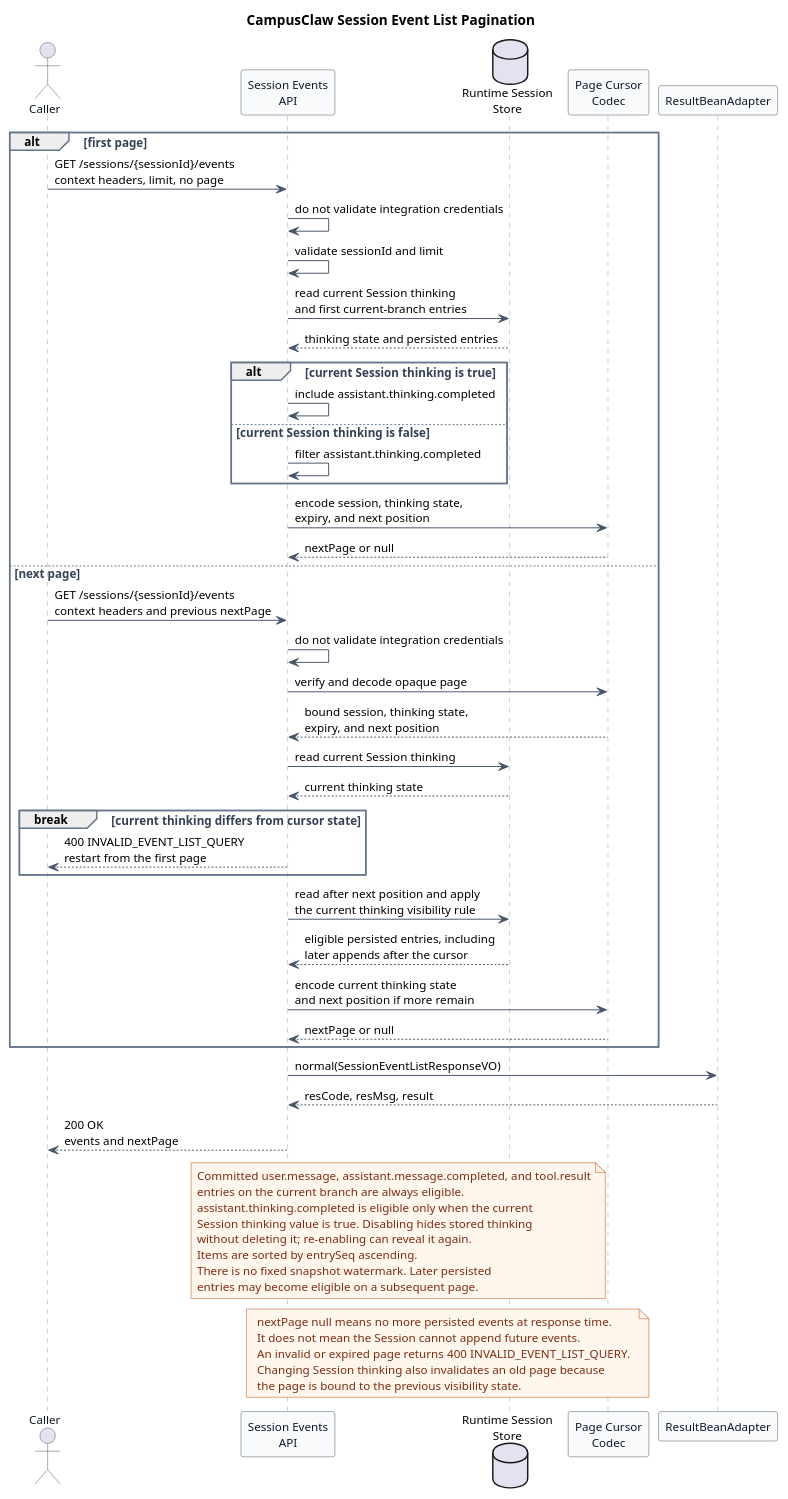
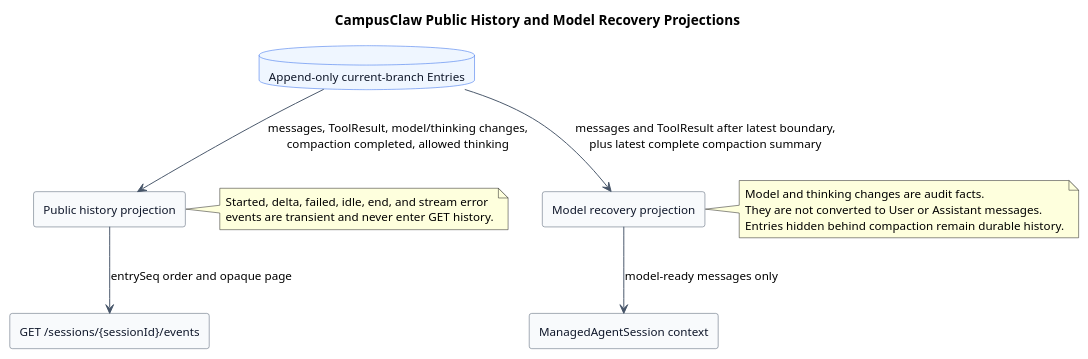
The second of 2 diagrams in pi-mono-java-manager-driven-multi-agent-runtime/diagrams/session-events/diagram.puml (ssm0808/pi-mono-java-design), drawn with PlantUML before and after one commit. The commit also changed other lines of this file and 36 other files, not shown here.

Commit message:
docs(runtime): 修订 TUI 删除边界与公共 Session 能力

```diff
--- a/pi-mono-java-manager-driven-multi-agent-runtime/diagrams/session-events/diagram.puml
+++ b/pi-mono-java-manager-driven-multi-agent-runtime/diagrams/session-events/diagram.puml
@@ -144,108 +124,52 @@
 @startuml http_session_event_list
-title CampusClaw Session Event List Pagination
+title CampusClaw Public History and Model Recovery Projections
 
-' Source evidence (pi-mono 086c32e74530564922d011ade23ff582c9d63116):
-' packages/coding-agent/src/core/session-manager.ts, SessionEntry, lines 46-156
-' packages/coding-agent/src/core/session-manager.ts, append methods, lines 1057-1149
-' packages/coding-agent/src/core/session-manager.ts, getBranch and getEntries, lines 1260-1303
-' Source evidence (pi-mono-java 8691e8800f05f28afe22499050c29220ef5b7475):
-' modules/coding-agent-cli/src/main/java/com/campusclaw/codingagent/runtimeapi/persistence/MyBatisRuntimeSessionRepository.java.
-' modules/coding-agent-cli/src/main/java/com/campusclaw/codingagent/runtimeapi/event/RuntimeEventCursorCodec.java.
-' Source evidence (pi-mono-java 304eda06ff603fc9b6bbcaad0c296cc151a7defb):
-' modules/coding-agent-cli/src/main/java/com/campusclaw/codingagent/runtimeapi/vo/EventPageResponseVO.java.
-' Observed behavior: current Java exposes next_page while the target field is nextPage.
-' Observed behavior: pi stores append-only entries linked by id and parentId, and its active
-' branch is the path from the selected leaf to the root.
-' Java divergence: the old Java baseline scanned JSONL linearly; the implemented repository
-' now reads the current branch through parentId and entrySeq.
-' External reference (Anthropic Managed Agents docs checked 2026-08-17):
-' GET /v1/sessions/{session_id}/events uses opaque page and next_page pagination.
-' Observed behavior: entrySeq, opaque pages, ResultBean paging, and the GET endpoint
-' exist in the implementation commit but not in the original pi source baselines.
-' Java divergence: current RuntimeEntryCodec excludes ThinkingContent from public history.
-' Architecture change: target GET visibility depends on the current Session thinking value.
-' Design reason: align the public pagination boundary with Anthropic and intentionally
-' avoid a fixed snapshot watermark or an afterEntrySeq query while binding the cursor
-' to the thinking visibility state used to construct the page.
-' Architecture change: CampusClaw target path and payload fields use lowerCamelCase.
+' Source evidence (pi-mono 5cd93f688aaab89dbb6dfa4aca535f21796ae185):
+' packages/coding-agent/src/core/session-manager.ts, SessionEntry and getBranch.
+' packages/coding-agent/src/core/agent-session.ts, model, thinking, and compaction entries.
+' Source evidence (pi-mono-java PR 167 f60cc3e78bb8b700527ac082c7c8e10524ede095):
+' modules/coding-agent-cli/src/main/java/com/campusclaw/codingagent/runtimeapi/event/RuntimeEventQueryService.java.
+' modules/coding-agent-cli/src/main/java/com/campusclaw/codingagent/runtimeapi/event/RuntimeEntryCodec.java.
+' Observed behavior: PR 167 reads one durable branch for public history and execution restoration.
+' Architecture change: the same entries feed two explicit projections with different consumers.
+' Design reason: audit events belong in public history but must not become synthetic model messages.
 
 skinparam backgroundColor #FFFFFF
 skinparam shadowing false
 skinparam defaultFontName Arial
 skinparam defaultFontSize 12
-skinparam sequence {
-  ArrowColor #475569
-  ActorBorderColor #475569
-  ActorFontColor #0F172A
-  LifeLineBorderColor #94A3B8
-  LifeLineBackgroundColor #F8FAFC
-  ParticipantBorderColor #475569
-  ParticipantBackgroundColor #F8FAFC
-  ParticipantFontColor #0F172A
-  GroupBorderColor #64748B
-  GroupFontColor #334155
+skinparam rectangle {
+  BackgroundColor #F8FAFC
+  BorderColor #475569
+  FontColor #0F172A
 }
-skinparam note {
-  BackgroundColor #FFF7ED
-  BorderColor #C2410C
-  FontColor #7C2D12
+skinparam database {
+  BackgroundColor #EFF6FF
+  BorderColor #2563EB
+  FontColor #0F172A
 }
+skinparam ArrowColor #475569
 
-actor Caller
-participant "Session Events\nAPI" as API
-database "Runtime Session\nStore" as Store
-participant "Page Cursor\nCodec" as Cursor
-participant ResultBeanAdapter
+database "Append-only current-branch Entries" as Entries
+rectangle "Public history projection" as Public
+rectangle "GET /sessions/{sessionId}/events" as GetEvents
+rectangle "Model recovery projection" as Recovery
+rectangle "ManagedAgentSession context" as Context
 
-alt first page
-  Caller -> API : GET /sessions/{sessionId}/events\ncontext headers, limit, no page
-  API -> API : do not validate integration credentials
-  API -> API : validate sessionId and limit
-  API -> Store : read current Session thinking\nand first current-branch entries
-  Store --> API : thinking state and persisted entries
-  alt current Session thinking is true
-    API -> API : include assistant.thinking.completed
-  else current Session thinking is false
-    API -> API : filter assistant.thinking.completed
-  end
-  API -> Cursor : encode session, thinking state,\nexpiry, and next position
-  Cursor --> API : nextPage or null
-else next page
-  Caller -> API : GET /sessions/{sessionId}/events\ncontext headers and previous nextPage
-  API -> API : do not validate integration credentials
-  API -> Cursor : verify and decode opaque page
-  Cursor --> API : bound session, thinking state,\nexpiry, and next position
-  API -> Store : read current Session thinking
-  Store --> API : current thinking state
-  break current thinking differs from cursor state
-    API --> Caller : 400 INVALID_EVENT_LIST_QUERY\nrestart from the first page
-  end
-  API -> Store : read after next position and apply\nthe current thinking visibility rule
-  Store --> API : eligible persisted entries, including\nlater appends after the cursor
-  API -> Cursor : encode current thinking state\nand next position if more remain
-  Cursor --> API : nextPage or null
-end
+Entries --> Public : messages, ToolResult, model/thinking changes,\ncompaction completed, allowed thinking
+Public --> GetEvents : entrySeq order and opaque page
 
-API -> ResultBeanAdapter : normal(SessionEventListResponseVO)
-ResultBeanAdapter --> API : resCode, resMsg, result
-API --> Caller : 200 OK\nevents and nextPage
+Entries --> Recovery : messages and ToolResult after latest boundary,\nplus latest complete compaction summary
+Recovery --> Context : model-ready messages only
 
-note over API,Store
-Committed user.message, assistant.message.completed, and tool.result
-entries on the current branch are always eligible.
-assistant.thinking.completed is eligible only when the current
-Session thinking value is true. Disabling hides stored thinking
-without deleting it; re-enabling can reveal it again.
-Items are sorted by entrySeq ascending.
-There is no fixed snapshot watermark. Later persisted
-entries may become eligible on a subsequent page.
+note right of Public
+Started, delta, failed, idle, end, and stream error
+events are transient and never enter GET history.
 end note
 
-note over API,Cursor
-nextPage null means no more persisted events at response time.
-It does not mean the Session cannot append future events.
-An invalid or expired page returns 400 INVALID_EVENT_LIST_QUERY.
-Changing Session thinking also invalidates an old page because
-the page is bound to the previous visibility state.
+note right of Recovery
+Model and thinking changes are audit facts.
+They are not converted to User or Assistant messages.
+Entries hidden behind compaction remain durable history.
 end note
 @enduml
```
